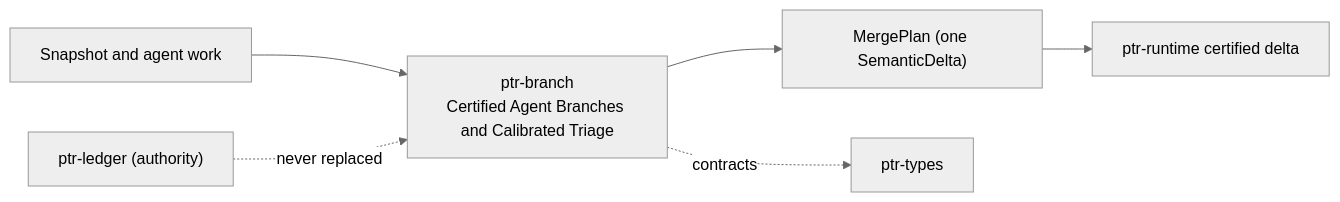
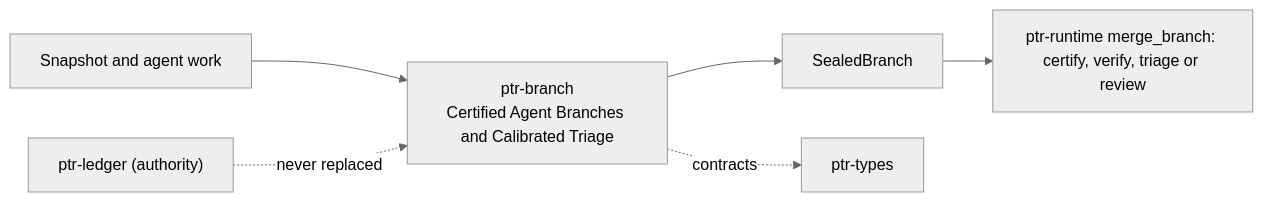
The diagram in crates/ptr-branch/README.md (xrey167/PTR), drawn with Mermaid (neutral theme) before and after one commit. The commit also changed other lines of this file and 30 other files, not shown here.

````diff
--- a/crates/ptr-branch/README.md
+++ b/crates/ptr-branch/README.md
@@ -87,8 +86,8 @@
 ```mermaid
 flowchart LR
     A["Snapshot and agent work"] --> B["ptr-branch\nCertified Agent Branches and Calibrated Triage"]
-    B --> C["MergePlan (one SemanticDelta)"]
-    C --> D["ptr-runtime certified delta"]
+    B --> C["SealedBranch"]
+    C --> D["ptr-runtime merge_branch: certify, verify, triage or review"]
     B -. "contracts" .-> T["ptr-types"]
     L["ptr-ledger (authority)"] -. "never replaced" .-> B
 ```
````
